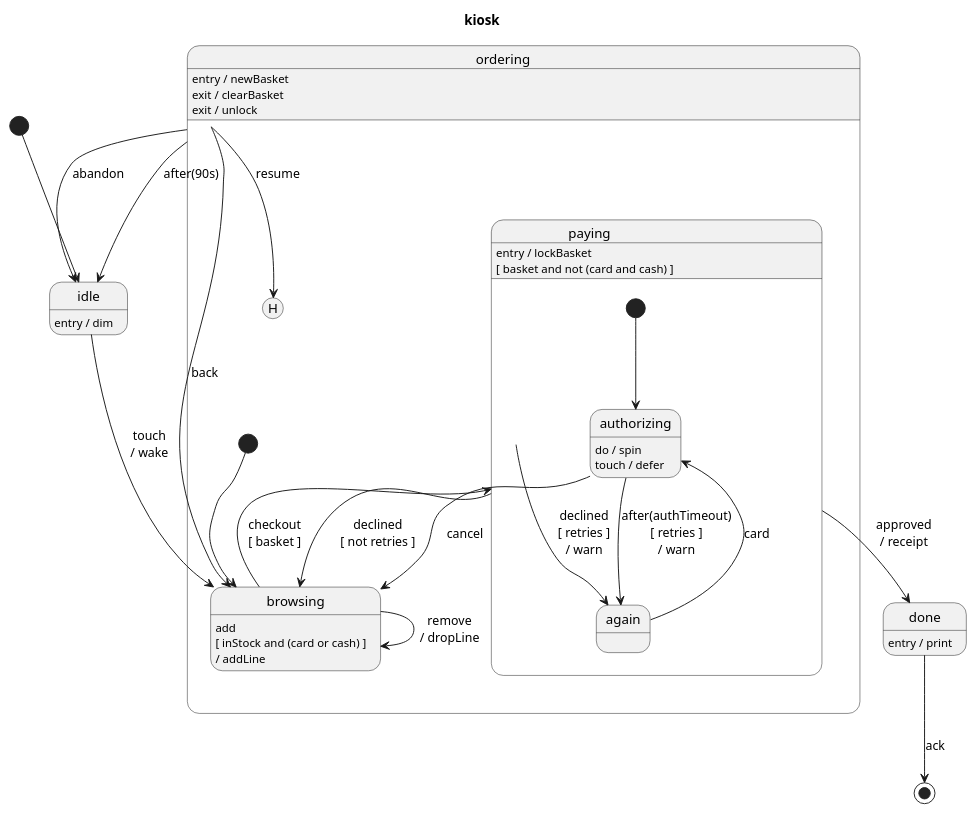
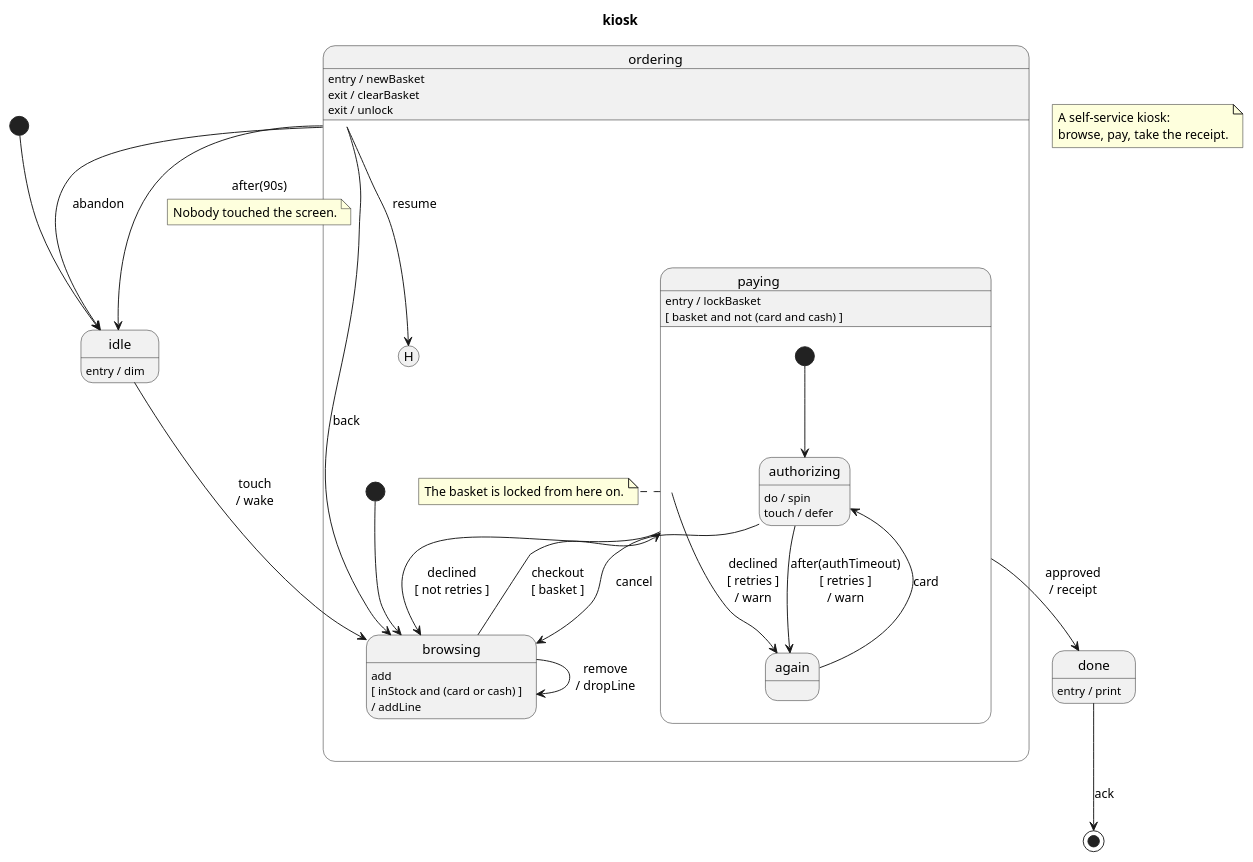
Before and after one commit to vincedupuis/transplantUML: the diagram in example/kiosk.puml, drawn with PlantUML. The commit also changed 9 other files, not shown here.

```diff
--- a/example/kiosk.puml
+++ b/example/kiosk.puml
@@ -1,41 +1,47 @@
 @startuml
 title kiosk
+note as machineNote
+    A self-service kiosk:
+    browse, pay, take the receipt.
+end note
 [*] --> idle
 state idle
 idle : entry / dim
 state ordering {
     [*] --> browsing
     state browsing
     state paying {
         [*] --> authorizing
         state authorizing
         authorizing : do / spin
         authorizing : touch / defer
         state again
         authorizing --> again: after(authTimeout)\n[ retries ]\n/ warn
         again --> authorizing: card
     }
     paying : entry / lockBasket
     paying : [ basket and not (card and cash) ]
+    note right of paying : The basket is locked from here on.
     state "ordering.H" as ordering_H <<history>>
     browsing : add\n[ inStock and (card or cash) ]\n/ addLine
     browsing --> browsing: remove\n/ dropLine
     browsing --> paying: checkout\n[ basket ]
     paying --> again: declined\n[ retries ]\n/ warn
     paying --> browsing: declined\n[ not retries ]
     authorizing --> browsing: cancel
 }
 ordering : entry / newBasket
 ordering : exit / clearBasket
 ordering : exit / unlock
 state done
 done : entry / print
 state final <<end>>
 idle --> browsing: touch\n/ wake
 ordering --> idle: abandon
 ordering --> idle: after(90s)
+note on link : Nobody touched the screen.
 ordering --> ordering_H: resume
 ordering --> browsing: back
 paying --> done: approved\n/ receipt
 done --> final: ack
 @enduml
```
